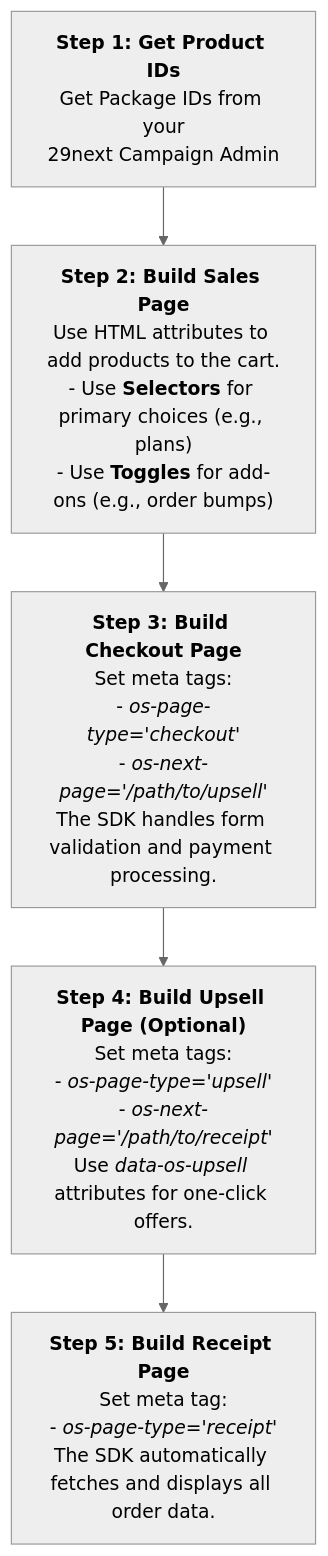
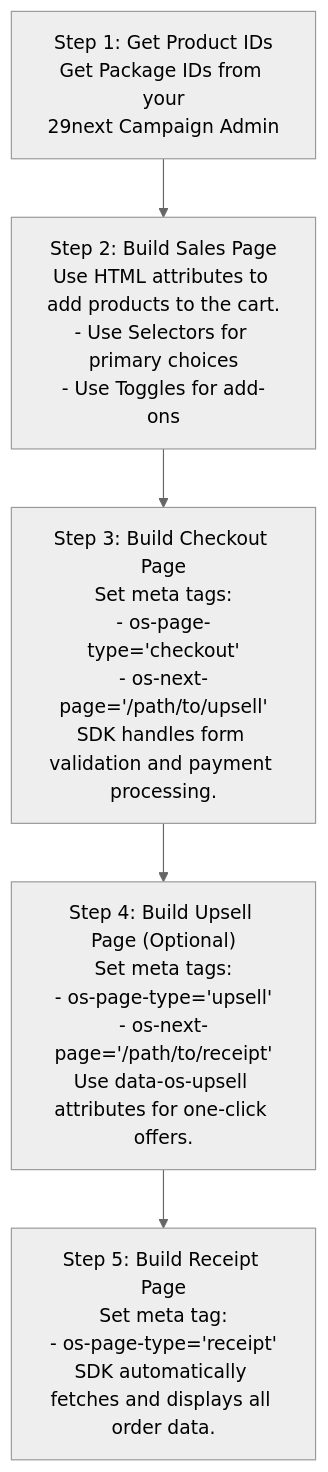
The diagram in starlight-docs/src/content/docs/introduction/core-concepts.mdx (Sellmore-Co/campaign-cart), drawn with Mermaid (neutral theme) before and after one commit. The commit also changed 10 other files, not shown here.

````diff
--- a/starlight-docs/src/content/docs/introduction/core-concepts.mdx
+++ b/starlight-docs/src/content/docs/introduction/core-concepts.mdx
@@ -157,8 +157,8 @@
 ```mermaid
 graph TD
-    A["<b>Step 1: Get Product IDs</b><br/>Get Package IDs from your<br/>29next Campaign Admin"] --> B;
-    B["<b>Step 2: Build Sales Page</b><br/>Use HTML attributes to add products to the cart.<br/>- Use <b>Selectors</b> for primary choices (e.g., plans)<br/>- Use <b>Toggles</b> for add-ons (e.g., order bumps)"] --> C;
-    C["<b>Step 3: Build Checkout Page</b><br/>Set meta tags:<br/>- <i>os-page-type='checkout'</i><br/>- <i>os-next-page='/path/to/upsell'</i><br/>The SDK handles form validation and payment processing."] --> D;
-    D["<b>Step 4: Build Upsell Page (Optional)</b><br/>Set meta tags:<br/>- <i>os-page-type='upsell'</i><br/>- <i>os-next-page='/path/to/receipt'</i><br/>Use <i>data-os-upsell</i> attributes for one-click offers."] --> E;
-    E["<b>Step 5: Build Receipt Page</b><br/>Set meta tag:<br/>- <i>os-page-type='receipt'</i><br/>The SDK automatically fetches and displays all order data."]
+    A["Step 1: Get Product IDs<br/>Get Package IDs from your<br/>29next Campaign Admin"] --> B;
+    B["Step 2: Build Sales Page<br/>Use HTML attributes to add products to the cart.<br/>- Use Selectors for primary choices<br/>- Use Toggles for add-ons"] --> C;
+    C["Step 3: Build Checkout Page<br/>Set meta tags:<br/>- os-page-type='checkout'<br/>- os-next-page='/path/to/upsell'<br/>SDK handles form validation and payment processing."] --> D;
+    D["Step 4: Build Upsell Page (Optional)<br/>Set meta tags:<br/>- os-page-type='upsell'<br/>- os-next-page='/path/to/receipt'<br/>Use data-os-upsell attributes for one-click offers."] --> E;
+    E["Step 5: Build Receipt Page<br/>Set meta tag:<br/>- os-page-type='receipt'<br/>SDK automatically fetches and displays all order data."]
 ```
````
